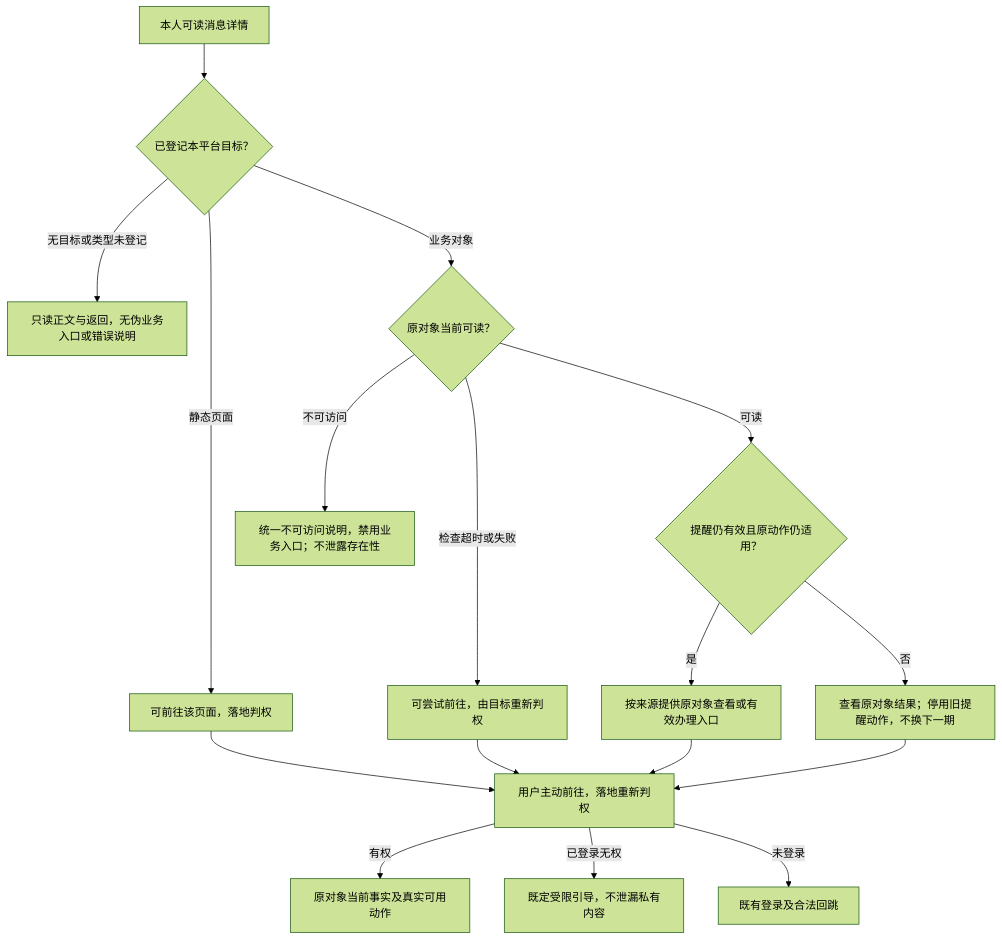
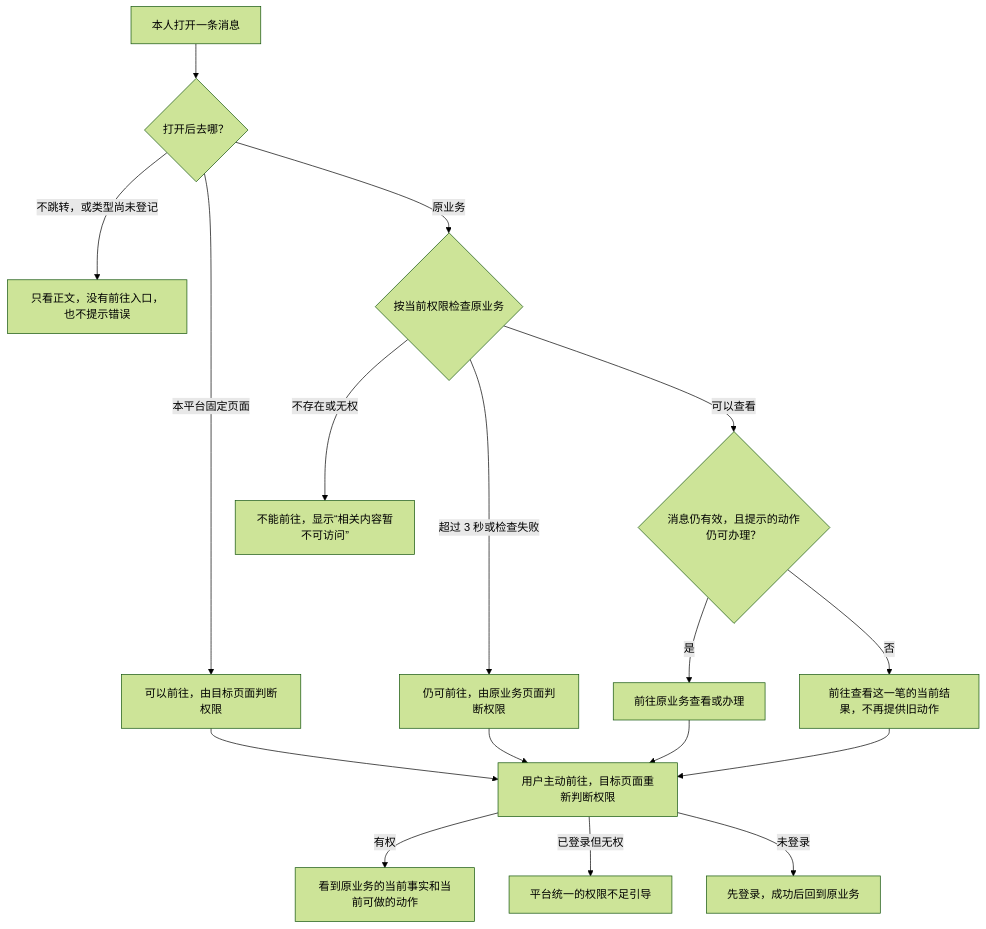
Before and after one commit to wxblockchain/Chain-Financing: the fourth of 8 diagrams in lending-platform/PRD/面客端/10-面客消息中心/02-面客消息中心-流程图与状态机.md, drawn with Mermaid (forest theme). The commit also changed other lines of this file and 6 other files, not shown here.

````diff
--- a/lending-platform/PRD/面客端/10-面客消息中心/02-面客消息中心-流程图与状态机.md
+++ b/lending-platform/PRD/面客端/10-面客消息中心/02-面客消息中心-流程图与状态机.md
@@ -99,19 +86,19 @@
 ```mermaid
 flowchart TD
-    A["本人可读消息详情"] --> B{"已登记本平台目标？"}
-    B -->|无目标或类型未登记| C["只读正文与返回，无伪业务入口或错误说明"]
-    B -->|静态页面| D["可前往该页面，落地判权"]
-    B -->|业务对象| E{"原对象当前可读？"}
-    E -->|不可访问| F["统一不可访问说明，禁用业务入口；不泄露存在性"]
-    E -->|检查超时或失败| G["可尝试前往，由目标重新判权"]
-    E -->|可读| H{"提醒仍有效且原动作仍适用？"}
-    H -->|是| I["按来源提供原对象查看或有效办理入口"]
-    H -->|否| J["查看原对象结果；停用旧提醒动作，不换下一期"]
-    D --> K["用户主动前往，落地重新判权"]
+    A["本人打开一条消息"] --> B{"打开后去哪？"}
+    B -->|不跳转，或类型尚未登记| C["只看正文，没有前往入口，也不提示错误"]
+    B -->|本平台固定页面| D["可以前往，由目标页面判断权限"]
+    B -->|原业务| E{"按当前权限检查原业务"}
+    E -->|不存在或无权| F["不能前往，显示“相关内容暂不可访问”"]
+    E -->|超过 3 秒或检查失败| G["仍可前往，由原业务页面判断权限"]
+    E -->|可以查看| H{"消息仍有效，且提示的动作仍可办理？"}
+    H -->|是| I["前往原业务查看或办理"]
+    H -->|否| J["前往查看这一笔的当前结果，不再提供旧动作"]
+    D --> K["用户主动前往，目标页面重新判断权限"]
     G --> K
     I --> K
     J --> K
-    K -->|有权| L["原对象当前事实及真实可用动作"]
-    K -->|已登录无权| M["既定受限引导，不泄漏私有内容"]
-    K -->|未登录| N["既有登录及合法回跳"]
+    K -->|有权| L["看到原业务的当前事实和当前可做的动作"]
+    K -->|已登录但无权| M["平台统一的权限不足引导"]
+    K -->|未登录| N["先登录，成功后回到原业务"]
 ```
````
